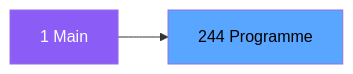
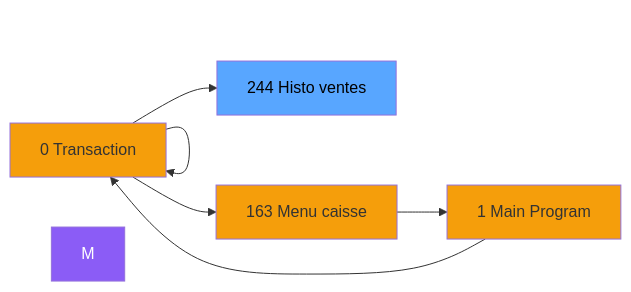
Before and after one commit to thonyAGP/magic-migration: the second of 3 diagrams in .openspec/specs/ADH-IDE-244.md, drawn with Mermaid. The commit also changed other lines of this file and 323 other files, not shown here.

````diff
--- a/.openspec/specs/ADH-IDE-244.md
+++ b/.openspec/specs/ADH-IDE-244.md
@@ -130,8 +151,21 @@
 ```mermaid
 graph LR
-    M[1 Main]
-    T[244 Programme]
-    M --> T
+    N0[0 Transaction ]
+    N0[0 Transaction ]
+    N163[163 Menu caisse ]
+    N1[1 Main Program]
+    N0[0 Transaction ]
+    T[244 Histo ventes]
+    N0 --> N0
+    N0 --> N163
+    N163 --> N1
+    N1 --> N0
+    N0 --> T
     style M fill:#8b5cf6,color:#fff
+    style N0 fill:#f59e0b
+    style N0 fill:#f59e0b
+    style N163 fill:#f59e0b
+    style N1 fill:#f59e0b
+    style N0 fill:#f59e0b
     style T fill:#58a6ff,color:#000
 ```
````
